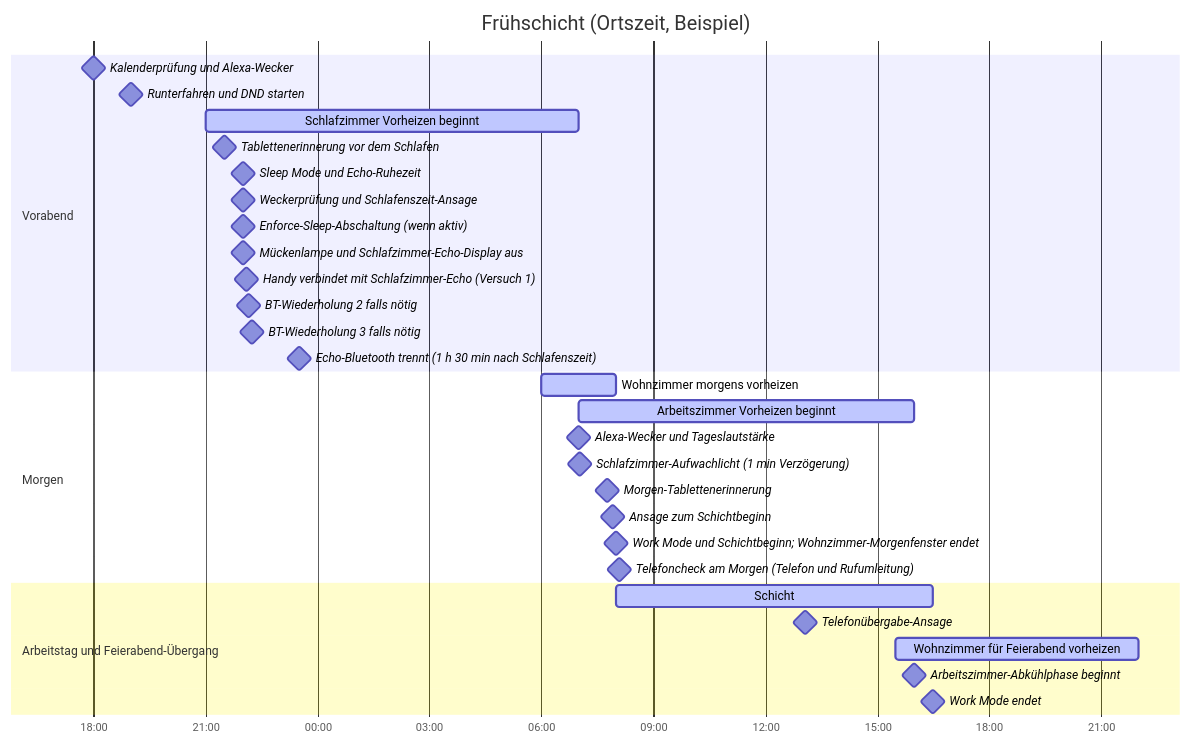
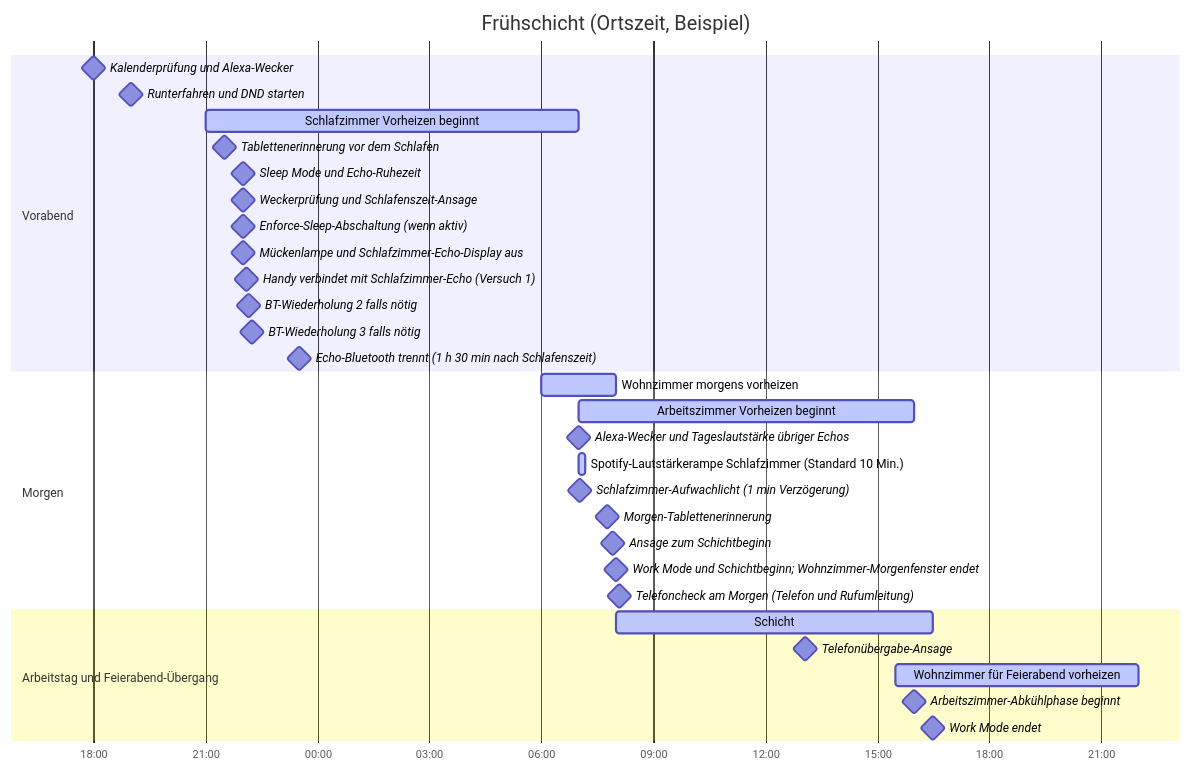
One commit to theniwo/homeassistant changed the third of 3 diagrams in README.de.md. Above: the diagram before and after it, drawn with Mermaid. The commit also changed other lines of this file and 6 other files, not shown here.

````diff
--- a/README.de.md
+++ b/README.de.md
@@ -194,34 +200,35 @@
 ```mermaid
 gantt
     title Frühschicht (Ortszeit, Beispiel)
     dateFormat YYYY-MM-DD HH:mm
     axisFormat %H:%M
     section Vorabend
     Kalenderprüfung und Alexa-Wecker :milestone, 2026-10-27 18:00, 0m
     Runterfahren und DND starten :milestone, 2026-10-27 19:00, 0m
     Schlafzimmer Vorheizen beginnt :active, 2026-10-27 21:00, 600m
     Tablettenerinnerung vor dem Schlafen :milestone, 2026-10-27 21:30, 0m
     Sleep Mode und Echo-Ruhezeit :milestone, 2026-10-27 22:00, 0m
     Weckerprüfung und Schlafenszeit-Ansage :milestone, 2026-10-27 22:00, 0m
     Enforce-Sleep-Abschaltung (wenn aktiv) :milestone, 2026-10-27 22:00, 0m
     Mückenlampe und Schlafzimmer-Echo-Display aus :milestone, 2026-10-27 22:00, 0m
     Handy verbindet mit Schlafzimmer-Echo (Versuch 1) :milestone, 2026-10-27 22:05, 0m
     BT-Wiederholung 2 falls nötig :milestone, 2026-10-27 22:10, 0m
     BT-Wiederholung 3 falls nötig :milestone, 2026-10-27 22:15, 0m
     Echo-Bluetooth trennt (1 h 30 min nach Schlafenszeit) :milestone, 2026-10-27 23:30, 0m
     section Morgen
     Wohnzimmer morgens vorheizen :active, 2026-10-28 06:00, 120m
     Arbeitszimmer Vorheizen beginnt :active, 2026-10-28 07:00, 540m
-    Alexa-Wecker und Tageslautstärke :milestone, 2026-10-28 07:00, 0m
+    Alexa-Wecker und Tageslautstärke übriger Echos :milestone, 2026-10-28 07:00, 0m
+    Spotify-Lautstärkerampe Schlafzimmer (Standard 10 Min.) :active, 2026-10-28 07:00, 10m
     Schlafzimmer-Aufwachlicht (1 min Verzögerung) :milestone, 2026-10-28 07:01, 0m
     Morgen-Tablettenerinnerung :milestone, 2026-10-28 07:45, 0m
     Ansage zum Schichtbeginn :milestone, 2026-10-28 07:55, 0m
     Work Mode und Schichtbeginn; Wohnzimmer-Morgenfenster endet :milestone, 2026-10-28 08:00, 0m
     Telefoncheck am Morgen (Telefon und Rufumleitung) :milestone, 2026-10-28 08:05, 0m
     section Arbeitstag und Feierabend-Übergang
     Schicht :active, 2026-10-28 08:00, 510m
     Telefonübergabe-Ansage :milestone, 2026-10-28 13:05, 0m
     Wohnzimmer für Feierabend vorheizen :active, 2026-10-28 15:30, 390m
     Arbeitszimmer-Abkühlphase beginnt :milestone, 2026-10-28 16:00, 0m
     Work Mode endet :milestone, 2026-10-28 16:30, 0m
 ```
````
